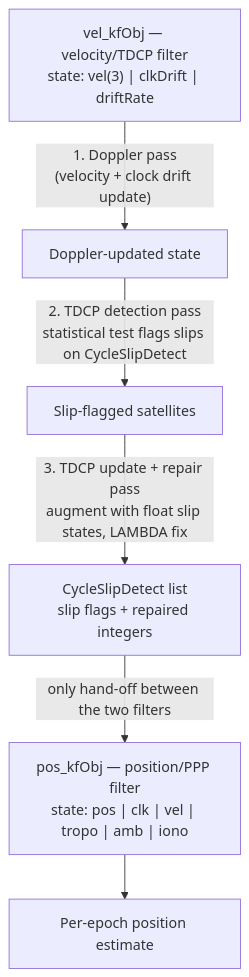
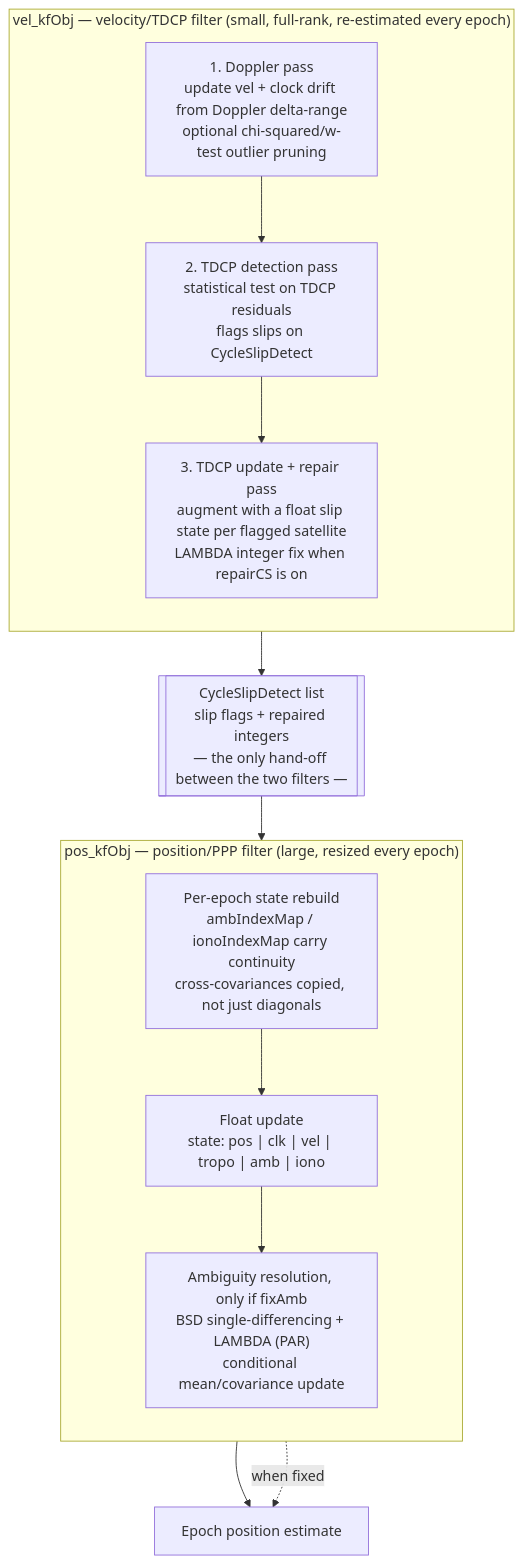
Before and after one commit to naman4u13/gnssAug: the diagram in docs/ppp-engine.md, drawn with Mermaid. The commit also changed other lines of this file and 6 other files, not shown here.

````diff
--- a/docs/ppp-engine.md
+++ b/docs/ppp-engine.md
@@ -26,8 +26,25 @@
 ```mermaid
 flowchart TD
-    A["vel_kfObj — velocity/TDCP filter\nstate: vel(3) | clkDrift | driftRate"] -->|"1. Doppler pass\n(velocity + clock drift update)"| B[Doppler-updated state]
-    B -->|"2. TDCP detection pass\nstatistical test flags slips on CycleSlipDetect"| C[Slip-flagged satellites]
-    C -->|"3. TDCP update + repair pass\naugment with float slip states, LAMBDA fix"| D[CycleSlipDetect list\nslip flags + repaired integers]
-    D -->|only hand-off between the two filters| E["pos_kfObj — position/PPP filter\nstate: pos | clk | vel | tropo | amb | iono"]
-    E --> F[Per-epoch position estimate]
+    subgraph VEL["vel_kfObj — velocity/TDCP filter (small, full-rank, re-estimated every epoch)"]
+        direction TB
+        V1["1. Doppler pass\nupdate vel + clock drift from Doppler delta-range\noptional chi-squared/w-test outlier pruning"]
+        V2["2. TDCP detection pass\nstatistical test on TDCP residuals\nflags slips on CycleSlipDetect"]
+        V3["3. TDCP update + repair pass\naugment with a float slip state per flagged satellite\nLAMBDA integer fix when repairCS is on"]
+        V1 --> V2 --> V3
+    end
+
+    CSD[["CycleSlipDetect list\nslip flags + repaired integers\n— the only hand-off between the two filters —"]]
+    V3 --> CSD
+
+    subgraph POS["pos_kfObj — position/PPP filter (large, resized every epoch)"]
+        direction TB
+        P1["Per-epoch state rebuild\nambIndexMap / ionoIndexMap carry continuity\ncross-covariances copied, not just diagonals"]
+        P2["Float update\nstate: pos | clk | vel | tropo | amb | iono"]
+        P3["Ambiguity resolution, only if fixAmb\nBSD single-differencing + LAMBDA (PAR)\nconditional mean/covariance update"]
+        P1 --> P2 --> P3
+    end
+
+    CSD --> P1
+    P2 --> OUT[Epoch position estimate]
+    P3 -.->|"when fixed"| OUT
 ```
````
